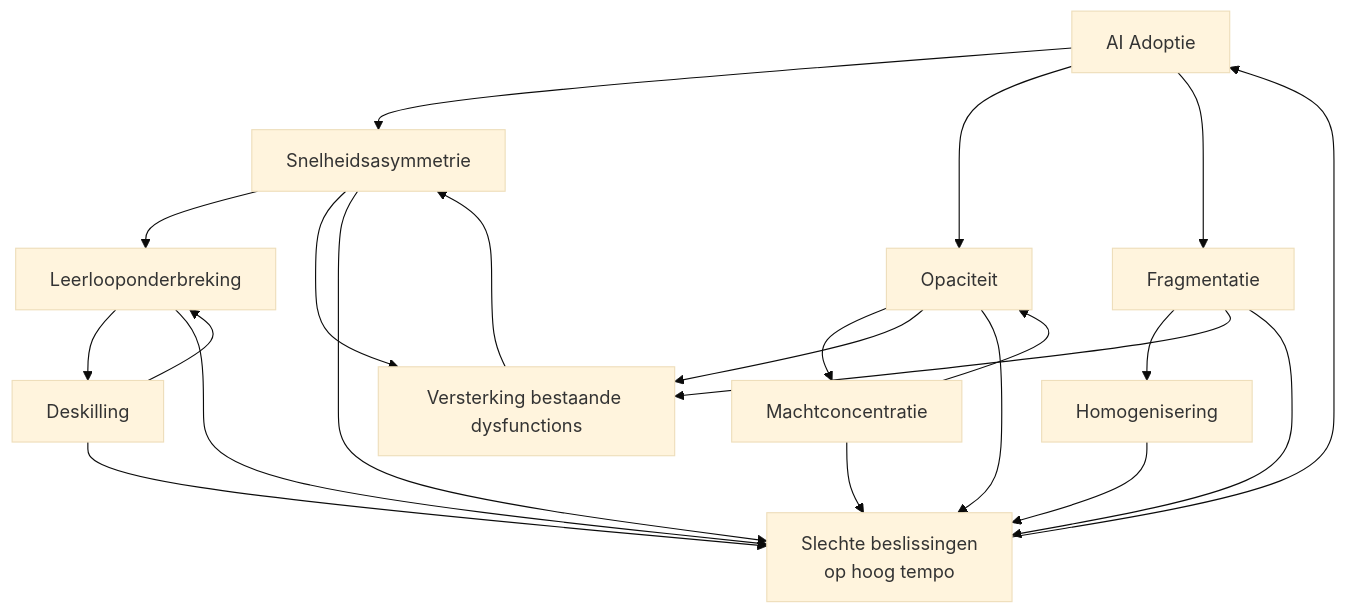
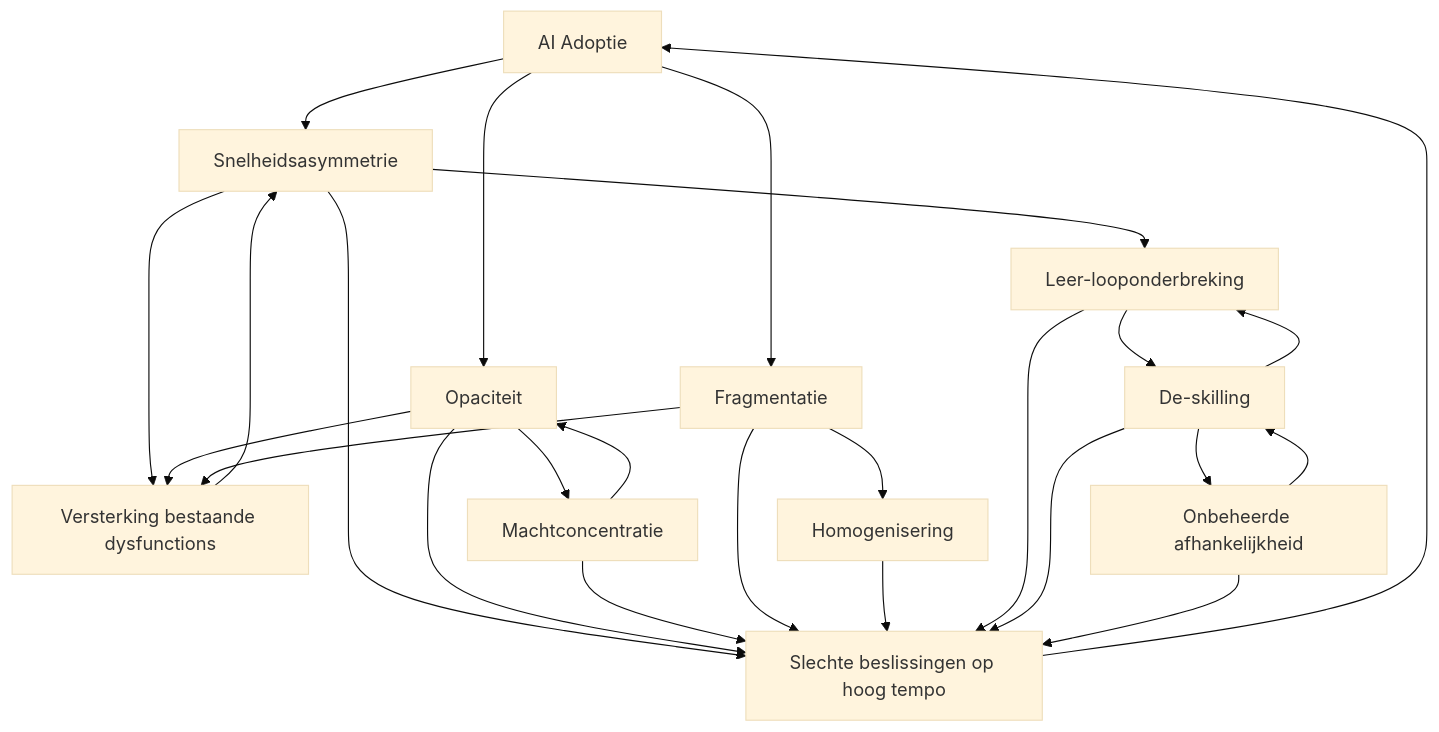
The third of 3 diagrams in issues-in-org-w-ai/ai-org-dysfunction-map.md (johantre/ai-value-flow-lab), drawn with Mermaid (base theme) before and after one commit. The commit also changed other lines of this file, not shown here.

````diff
--- a/issues-in-org-w-ai/ai-org-dysfunction-map.md
+++ b/issues-in-org-w-ai/ai-org-dysfunction-map.md
@@ -243,33 +407,36 @@
 ```mermaid
 flowchart TD
     A[AI Adoptie]
 
     A --> SA[Snelheidsasymmetrie]
     A --> OP[Opaciteit]
     A --> FR[Fragmentatie]
 
-    SA --> LO[Leerlooponderbreking]
+    SA --> LO[Leer-looponderbreking]
     SA --> VB[Versterking bestaande dysfunctions]
 
     OP --> MC[Machtconcentratie]
     OP --> VB
 
     FR --> HO[Homogenisering]
     FR --> VB
 
     MC --> OP
-    LO --> DS[Deskilling]
+    LO --> DS[De-skilling]
     DS --> LO
+    DS --> OA[Onbeheerde afhankelijkheid]
+    OA --> DS
 
     VB --> SA
 
-    SA --> POOR[Slechte beslissingen\nop hoog tempo]
+    SA --> POOR[Slechte beslissingen op hoog tempo]
     OP --> POOR
     MC --> POOR
     FR --> POOR
     HO --> POOR
     LO --> POOR
     DS --> POOR
+    OA --> POOR
 
     POOR --> A
 ```
````
